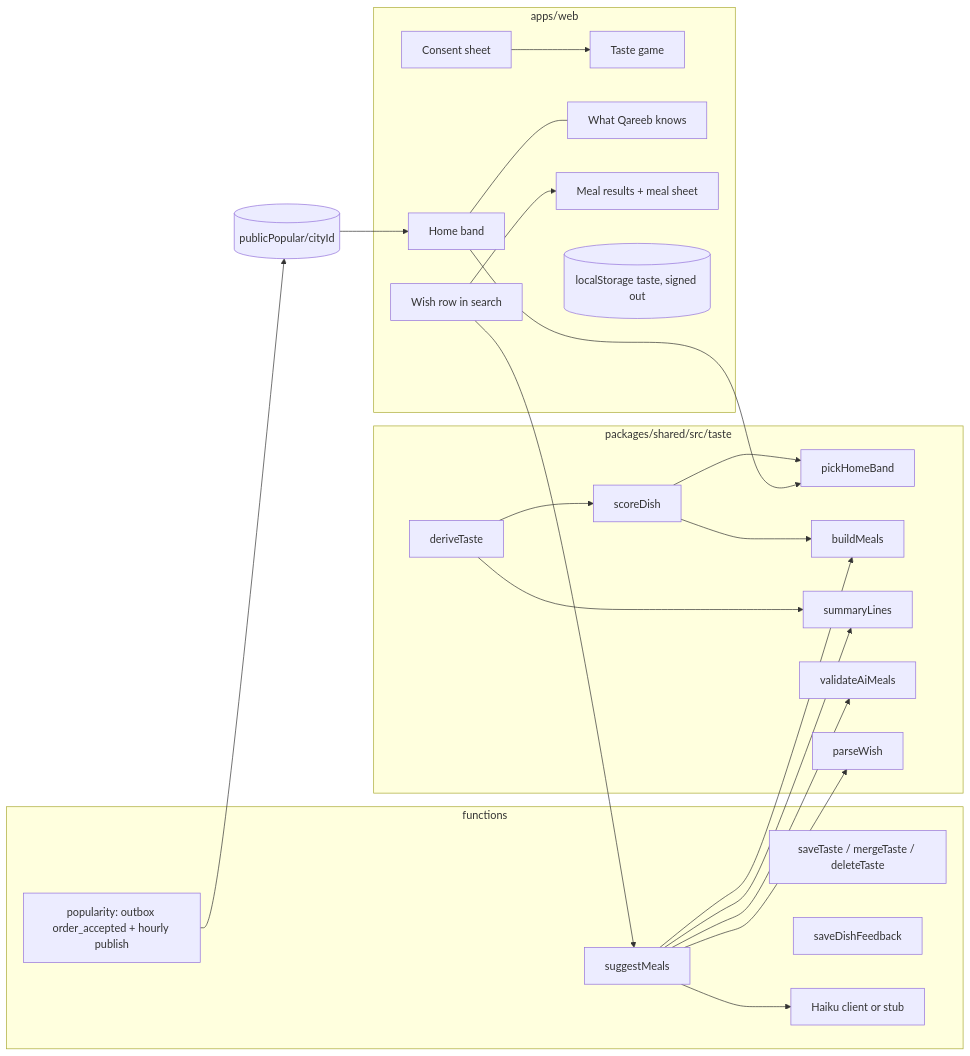
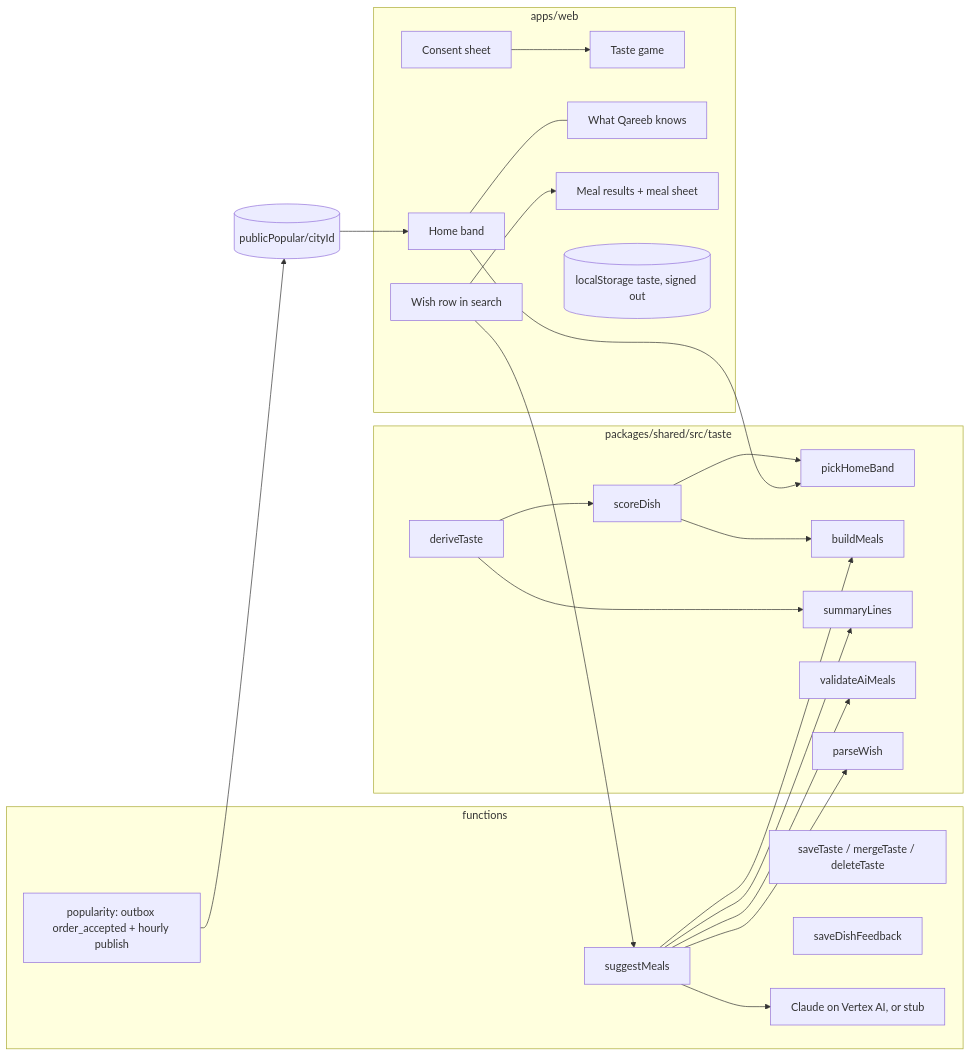
One commit to moran91/git-demo-repo changed the diagram in docs/superpowers/specs/2026-10-06-taste-profile-design.md. Above: the diagram before and after it, drawn with Mermaid. The commit also changed other lines of this file, not shown here.

Commit message:
Spec: Claude via Vertex AI (no API key), model chosen by eval

````diff
--- a/docs/superpowers/specs/2026-10-06-taste-profile-design.md
+++ b/docs/superpowers/specs/2026-10-06-taste-profile-design.md
@@ -86,28 +86,28 @@
 ```mermaid
 flowchart LR
   subgraph Client [apps/web]
     CS[Consent sheet] --> GS[Taste game]
     HB[Home band] --- KM[What Qareeb knows]
     WS[Wish row in search] --> MR[Meal results + meal sheet]
     LS[(localStorage taste, signed out)]
   end
   subgraph Shared [packages/shared/src/taste]
     DT[deriveTaste] --> SC[scoreDish]
     SC --> HBsel[pickHomeBand]
     SC --> BM[buildMeals]
     DT --> SUM[summaryLines]
     VAL[validateAiMeals]
     WP[parseWish]
   end
   subgraph Server [functions]
     ST[saveTaste / mergeTaste / deleteTaste]
     FB[saveDishFeedback]
-    SM[suggestMeals] --> HC[Haiku client or stub]
+    SM[suggestMeals] --> HC[Claude on Vertex AI, or stub]
     POP[popularity: outbox order_accepted + hourly publish]
   end
   HB --> HBsel
   WS --> SM
   SM --> BM & VAL & SUM & WP
   POP --> PP[(publicPopular/cityId)]
   PP --> HB
 ```
````
